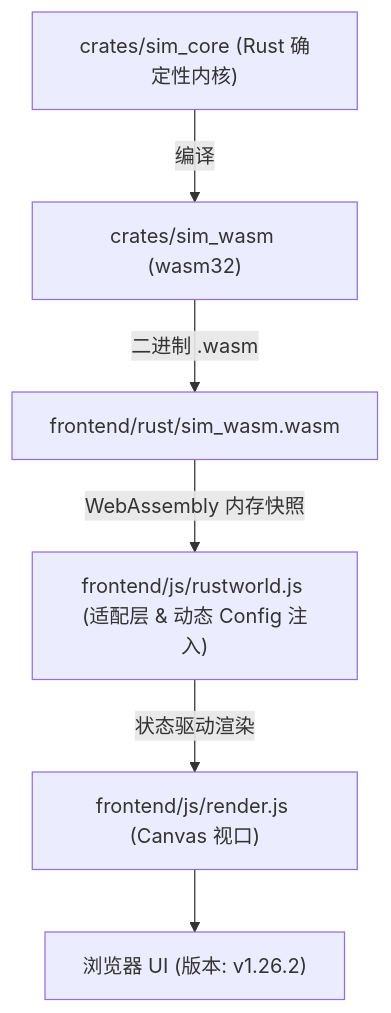
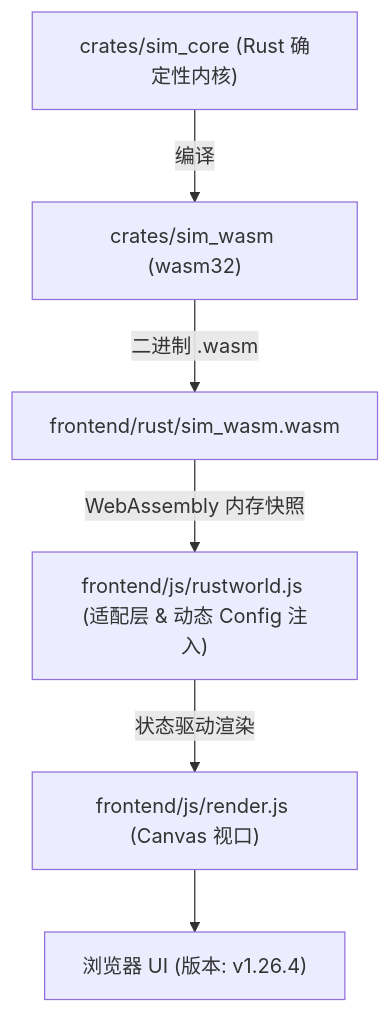
One commit to g39088902/FlowAndAccord changed the diagram in AGENTS.md. Above: the diagram before and after it, drawn with Mermaid. The commit also changed other lines of this file and 13 other files, not shown here.

````diff
--- a/AGENTS.md
+++ b/AGENTS.md
@@ -51,8 +51,8 @@
 ```mermaid
 graph TD
     A["crates/sim_core (Rust 确定性内核)"] -->|编译| B["crates/sim_wasm (wasm32)"]
     B -->|二进制 .wasm| C["frontend/rust/sim_wasm.wasm"]
     C -->|WebAssembly 内存快照| D["frontend/js/rustworld.js (适配层 & 动态 Config 注入)"]
     D -->|状态驱动渲染| E["frontend/js/render.js (Canvas 视口)"]
-    E --> F["浏览器 UI (版本: v1.26.2)"]
+    E --> F["浏览器 UI (版本: v1.26.4)"]
 ```
````
